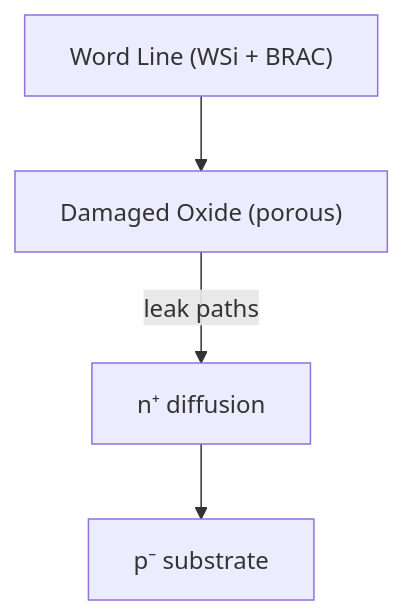
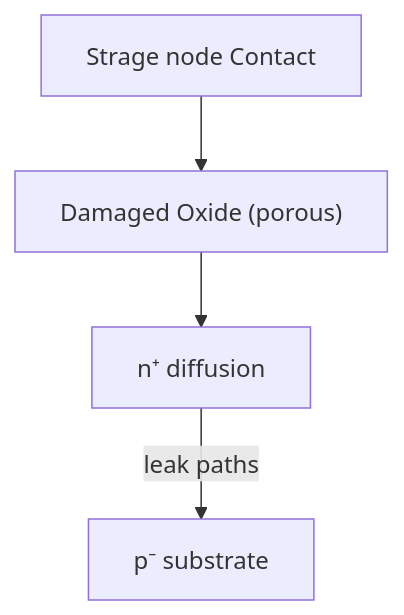
The diagram in archive/paper/dram_vsram/01_DRAM_Startup_0.25um.md (Samizo-AITL/Edusemi-Plus), drawn with Mermaid before and after one commit.

````diff
--- a/archive/paper/dram_vsram/01_DRAM_Startup_0.25um.md
+++ b/archive/paper/dram_vsram/01_DRAM_Startup_0.25um.md
@@ -136,11 +136,11 @@
 ```mermaid
 flowchart TB
-    A["Word Line (WSi + BRAC)"] 
+    A["Strage node Contact"] 
     B["Damaged Oxide (porous)"]
     C["n⁺ diffusion"]
     D["p⁻ substrate"]
 
     A --> B
-    B -- "leak paths" --> C
-    C --> D
+    B --> C
+    C -- "leak paths" --> D
 ```
````
